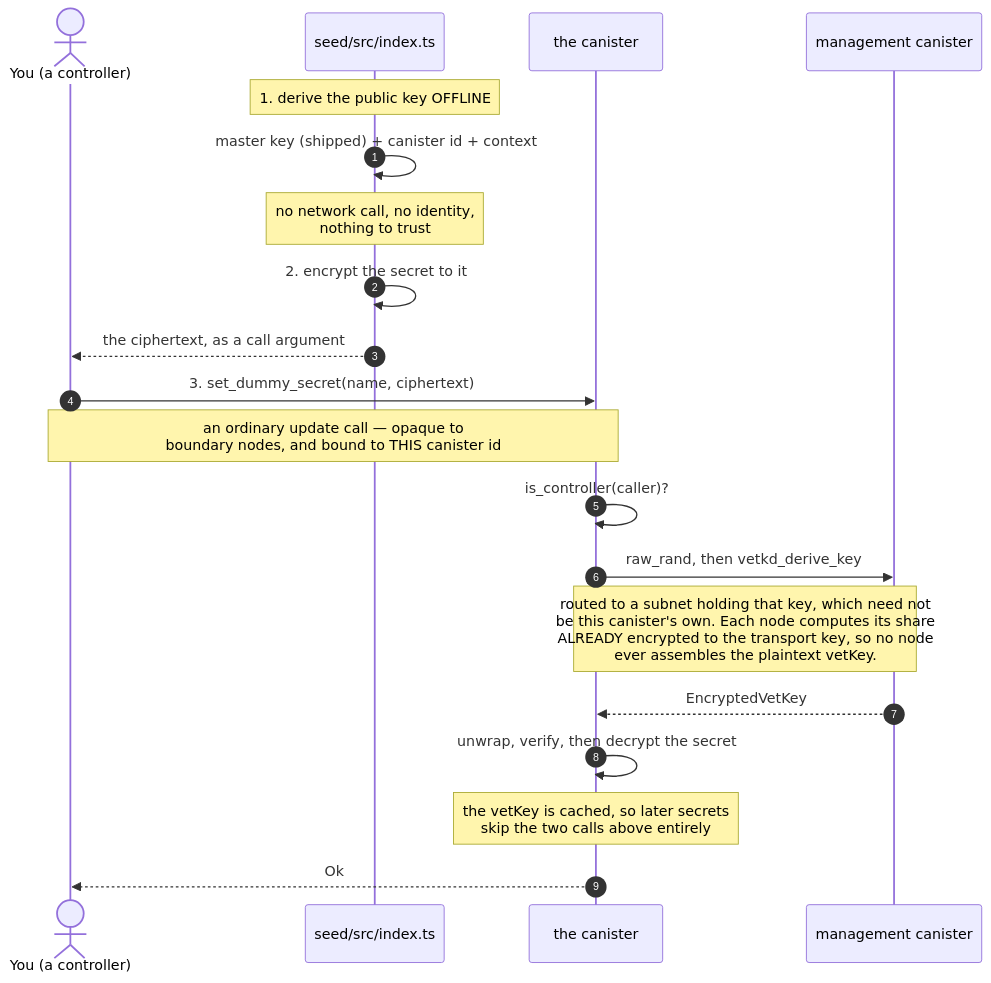
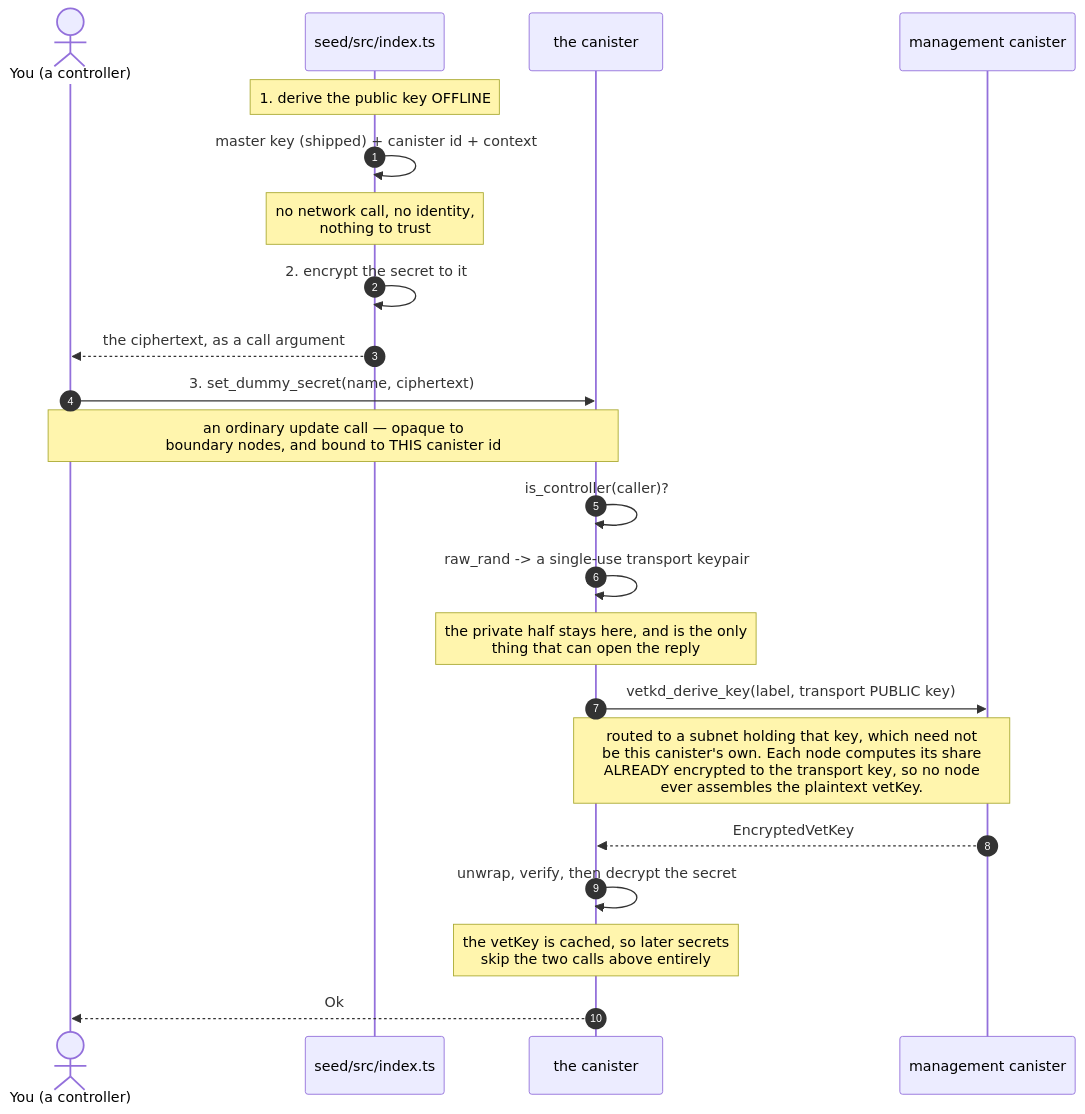
The diagram in README.md (marc0olo/icp-seeding-secrets-poc), drawn with Mermaid before and after one commit. The commit also changed other lines of this file, not shown here.

````diff
--- a/README.md
+++ b/README.md
@@ -88,26 +88,28 @@
 ```mermaid
 sequenceDiagram
     autonumber
     actor Dev as You (a controller)
     participant Script as seed/src/index.ts
     participant Can as the canister
     participant Mgmt as management canister
 
     Note over Script: 1. derive the public key OFFLINE
     Script->>Script: master key (shipped) + canister id + context
     Note over Script: no network call, no identity,<br/>nothing to trust
 
     Script->>Script: 2. encrypt the secret to it
     Script-->>Dev: the ciphertext, as a call argument
 
     Dev->>Can: 3. set_dummy_secret(name, ciphertext)
     Note over Dev,Can: an ordinary update call — opaque to<br/>boundary nodes, and bound to THIS canister id
     Can->>Can: is_controller(caller)?
 
-    Can->>Mgmt: raw_rand, then vetkd_derive_key
+    Can->>Can: raw_rand -> a single-use transport keypair
+    Note over Can: the private half stays here, and is the only<br/>thing that can open the reply
+    Can->>Mgmt: vetkd_derive_key(label, transport PUBLIC key)
     Note over Can,Mgmt: routed to a subnet holding that key, which need not<br/>be this canister's own. Each node computes its share<br/>ALREADY encrypted to the transport key, so no node<br/>ever assembles the plaintext vetKey.
     Mgmt-->>Can: EncryptedVetKey
     Can->>Can: unwrap, verify, then decrypt the secret
     Note over Can: the vetKey is cached, so later secrets<br/>skip the two calls above entirely
     Can-->>Dev: Ok
 ```
````
